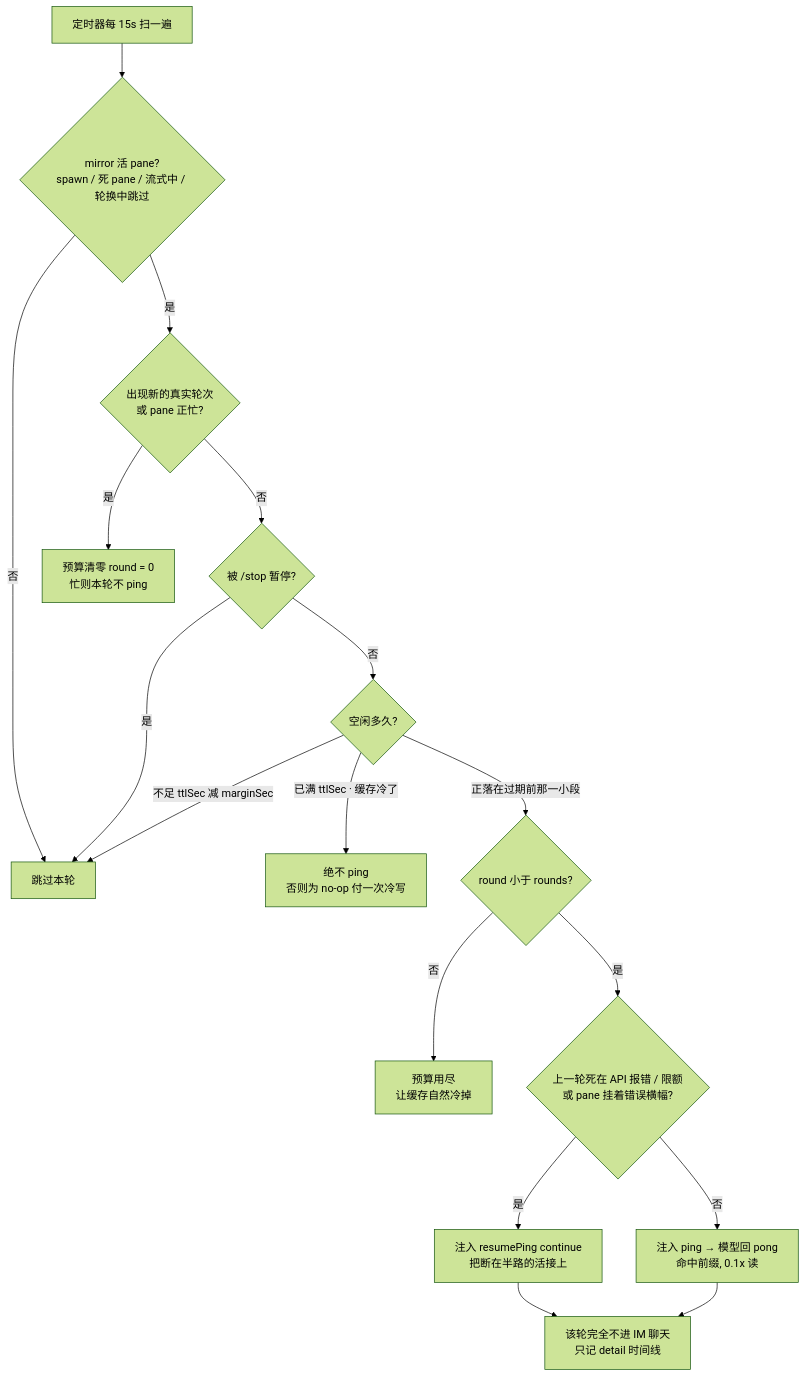
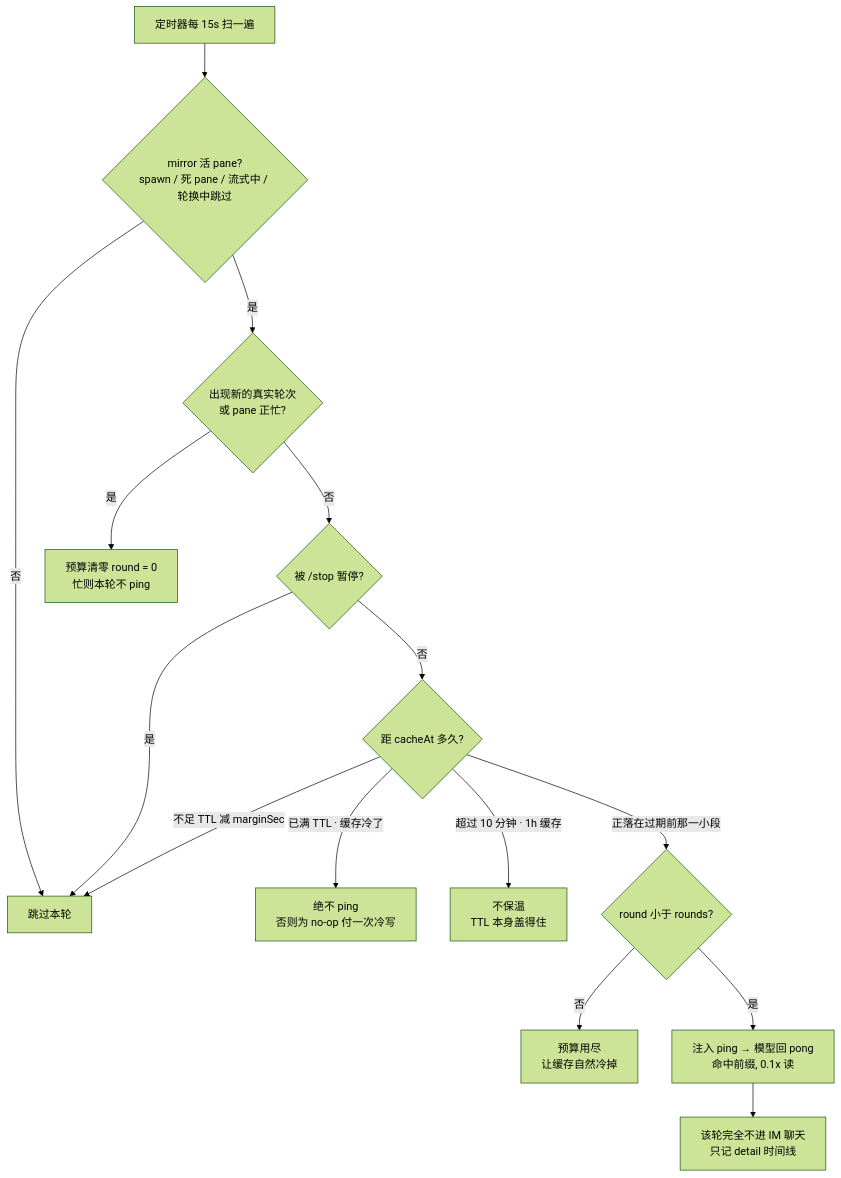
Diagram 15 of 16 in 技术说明.md (guxi11/wezard), drawn with Mermaid (forest theme) before and after one commit. The commit also changed other lines of this file and 8 other files, not shown here.

````diff
--- a/技术说明.md
+++ b/技术说明.md
@@ -483,19 +484,17 @@
 ```mermaid
 flowchart TD
     tick["定时器每 15s 扫一遍"] --> gate{"mirror 活 pane?<br/>spawn / 死 pane / 流式中 / 轮换中跳过"}
     gate -- 否 --> skip["跳过本轮"]
     gate -- 是 --> real{"出现新的真实轮次<br/>或 pane 正忙?"}
     real -- 是 --> reset["预算清零 round = 0<br/>忙则本轮不 ping"]
     real -- 否 --> paused{"被 /stop 暂停?"}
     paused -- 是 --> skip
-    paused -- 否 --> warm{"空闲多久?"}
-    warm -- "不足 ttlSec 减 marginSec" --> skip
-    warm -- "已满 ttlSec · 缓存冷了" --> cold["绝不 ping<br/>否则为 no-op 付一次冷写"]
+    paused -- 否 --> warm{"距 cacheAt 多久?"}
+    warm -- "不足 TTL 减 marginSec" --> skip
+    warm -- "已满 TTL · 缓存冷了" --> cold["绝不 ping<br/>否则为 no-op 付一次冷写"]
+    warm -- "超过 10 分钟 · 1h 缓存" --> long["不保温<br/>TTL 本身盖得住"]
     warm -- "正落在过期前那一小段" --> budget{"round 小于 rounds?"}
     budget -- 否 --> stop["预算用尽<br/>让缓存自然冷掉"]
-    budget -- 是 --> stall{"上一轮死在 API 报错 / 限额<br/>或 pane 挂着错误横幅?"}
-    stall -- 是 --> resume["注入 resumePing continue<br/>把断在半路的活接上"]
-    stall -- 否 --> ping["注入 ping → 模型回 pong<br/>命中前缀, 0.1x 读"]
-    resume --> quiet
+    budget -- 是 --> ping["注入 ping → 模型回 pong<br/>命中前缀, 0.1x 读"]
     ping --> quiet["该轮完全不进 IM 聊天<br/>只记 detail 时间线"]
 ```
````
